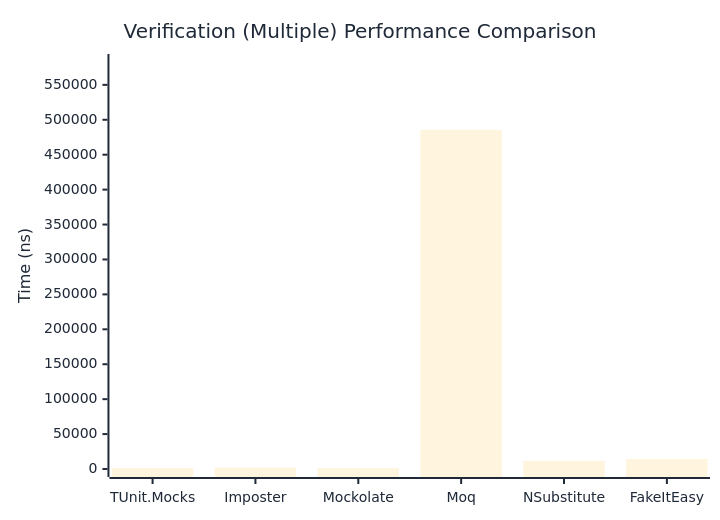
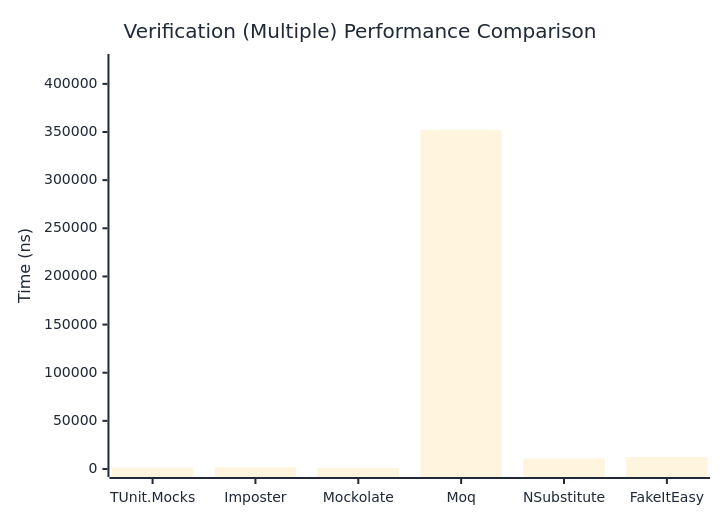
Before and after one commit to thomhurst/TUnit: the third of 3 diagrams in docs/docs/benchmarks/mocks/Verification.md, drawn with Mermaid. The commit also changed other lines of this file and 14 other files, not shown here.

````diff
--- a/docs/docs/benchmarks/mocks/Verification.md
+++ b/docs/docs/benchmarks/mocks/Verification.md
@@ -112,27 +112,27 @@
 ```mermaid
 %%{init: {
   'theme':'base',
   'themeVariables': {
     'primaryColor': '#2563eb',
     'primaryTextColor': '#1f2937',
     'primaryBorderColor': '#1e40af',
     'lineColor': '#6b7280',
     'secondaryColor': '#7c3aed',
     'tertiaryColor': '#dc2626',
     'background': '#ffffff',
     'pie1': '#2563eb',
     'pie2': '#7c3aed',
     'pie3': '#dc2626',
     'pie4': '#f59e0b',
     'pie5': '#10b981',
     'pie6': '#06b6d4',
     'pie7': '#ec4899',
     'pie8': '#6366f1'
   }
 }}%%
 xychart-beta
   title "Verification (Multiple) Performance Comparison"
   x-axis ["TUnit.Mocks", "Imposter", "Mockolate", "Moq", "NSubstitute", "FakeItEasy"]
-  y-axis "Time (ns)" 0 --> 582715
-  bar [1318.74, 1954.59, 1172.6, 485595.43, 11747.82, 14345.4]
+  y-axis "Time (ns)" 0 --> 422708
+  bar [1316.45, 1843.45, 1140.49, 352256.02, 11016.18, 12404.47]
 ```
````
